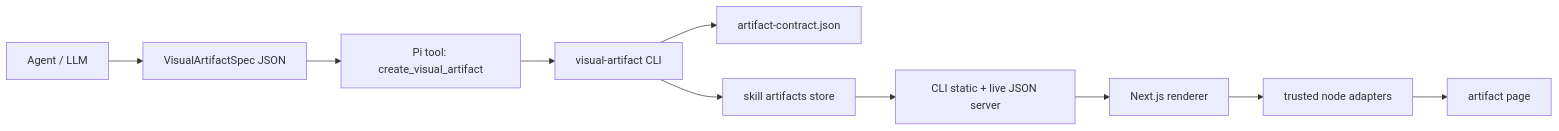
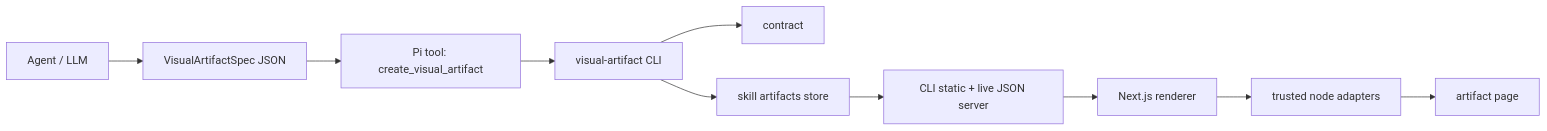
Before and after one commit to iurysza/visual-artifact-renderer: the diagram in ai-artifacts/ARCHITECTURE.md, drawn with Mermaid. The commit also changed other lines of this file and 18 other files, not shown here.

Commit message:
docs: war-room title, shorter problem, swimlane diagram, 30+ nodes, contract command

````diff
--- a/ai-artifacts/ARCHITECTURE.md
+++ b/ai-artifacts/ARCHITECTURE.md
@@ -9,12 +9,12 @@
 ```mermaid
 flowchart LR
   Agent[Agent / LLM] --> Spec[VisualArtifactSpec JSON]
   Spec --> Tool[Pi tool: create_visual_artifact]
   Tool --> CLI[visual-artifact CLI]
-  CLI --> Contract[artifact-contract.json]
+  CLI --> Contract[contract]
   CLI --> Store[skill artifacts store]
   Store --> Server[CLI static + live JSON server]
   Server --> App[Next.js renderer]
   App --> Adapters[trusted node adapters]
   Adapters --> Browser[artifact page]
 ```
````
